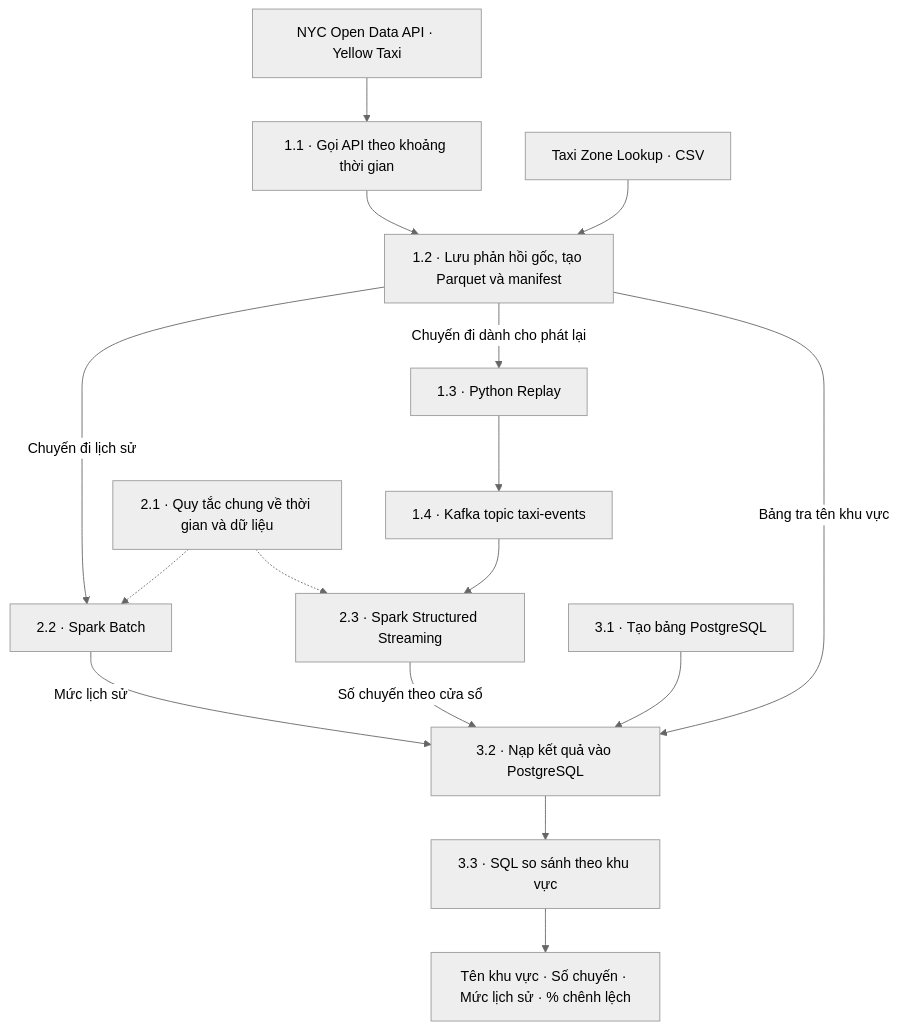
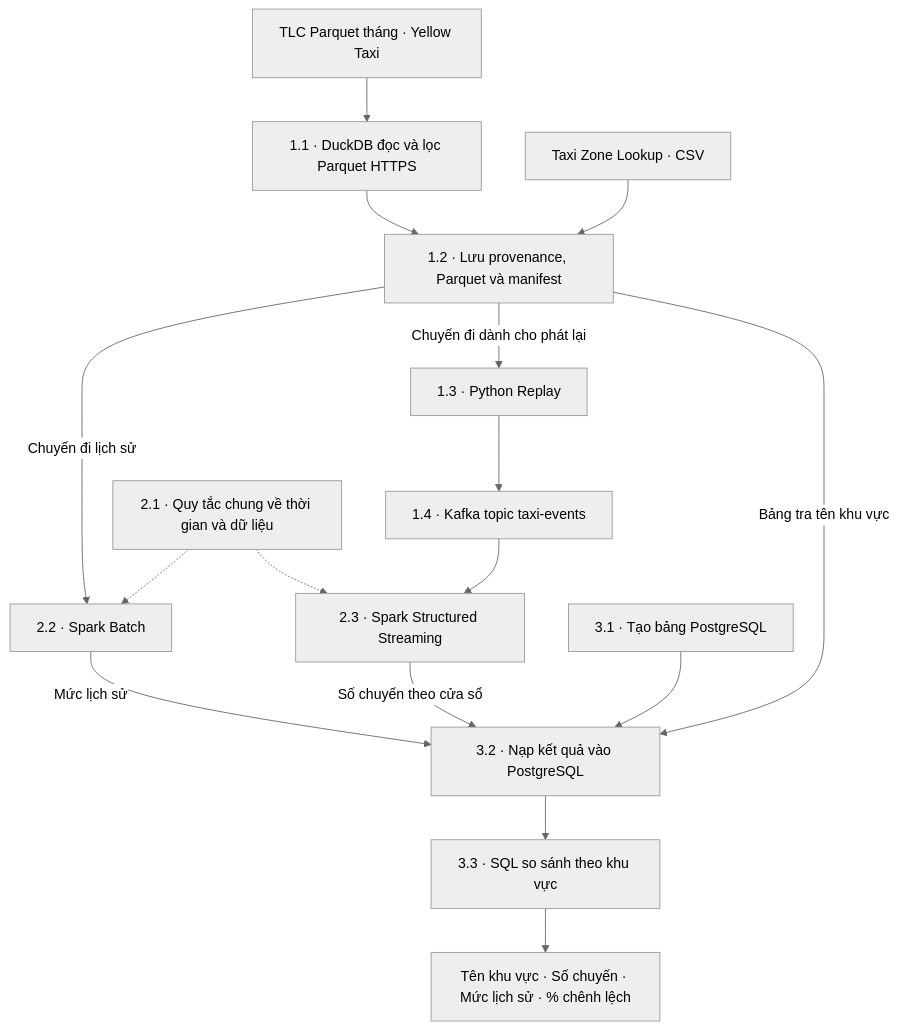
The diagram in docs/guide/giao-viec-demo-taxi.md (tnbminh020506/nyc-taxi-pipeline), drawn with Mermaid (neutral theme) before and after one commit. The commit also changed other lines of this file and 24 other files, not shown here.

Commit message:
Use DuckDB for direct TLC Parquet ingestion and real-volume validation

````diff
--- a/docs/guide/giao-viec-demo-taxi.md
+++ b/docs/guide/giao-viec-demo-taxi.md
@@ -13,21 +15,21 @@
 ```mermaid
 flowchart TD
-    TLC["NYC Open Data API · Yellow Taxi"]
-    TLC --> SOURCE["1.1 · Gọi API theo khoảng thời gian"]
-    SOURCE --> RAW["1.2 · Lưu phản hồi gốc, tạo Parquet và manifest"]
+    TLC["TLC Parquet tháng · Yellow Taxi"]
+    TLC --> SOURCE["1.1 · DuckDB đọc và lọc Parquet HTTPS"]
+    SOURCE --> RAW["1.2 · Lưu provenance, Parquet và manifest"]
 
     RAW -->|"Chuyến đi lịch sử"| BATCH["2.2 · Spark Batch"]
     RAW -->|"Chuyến đi dành cho phát lại"| REPLAY["1.3 · Python Replay"]
     REPLAY --> KAFKA["1.4 · Kafka topic taxi-events"]
     KAFKA --> STREAM["2.3 · Spark Structured Streaming"]
     RULES["2.1 · Quy tắc chung về thời gian và dữ liệu"] -.-> BATCH
     RULES -.-> STREAM
 
     SCHEMA["3.1 · Tạo bảng PostgreSQL"] --> LOAD["3.2 · Nạp kết quả vào PostgreSQL"]
     LOOKUP["Taxi Zone Lookup · CSV"] --> RAW
     RAW -->|"Bảng tra tên khu vực"| LOAD
     BATCH -->|"Mức lịch sử"| LOAD
     STREAM -->|"Số chuyến theo cửa sổ"| LOAD
     LOAD --> SQL["3.3 · SQL so sánh theo khu vực"]
     SQL --> RESULT["Tên khu vực · Số chuyến · Mức lịch sử · % chênh lệch"]
 ```
````
